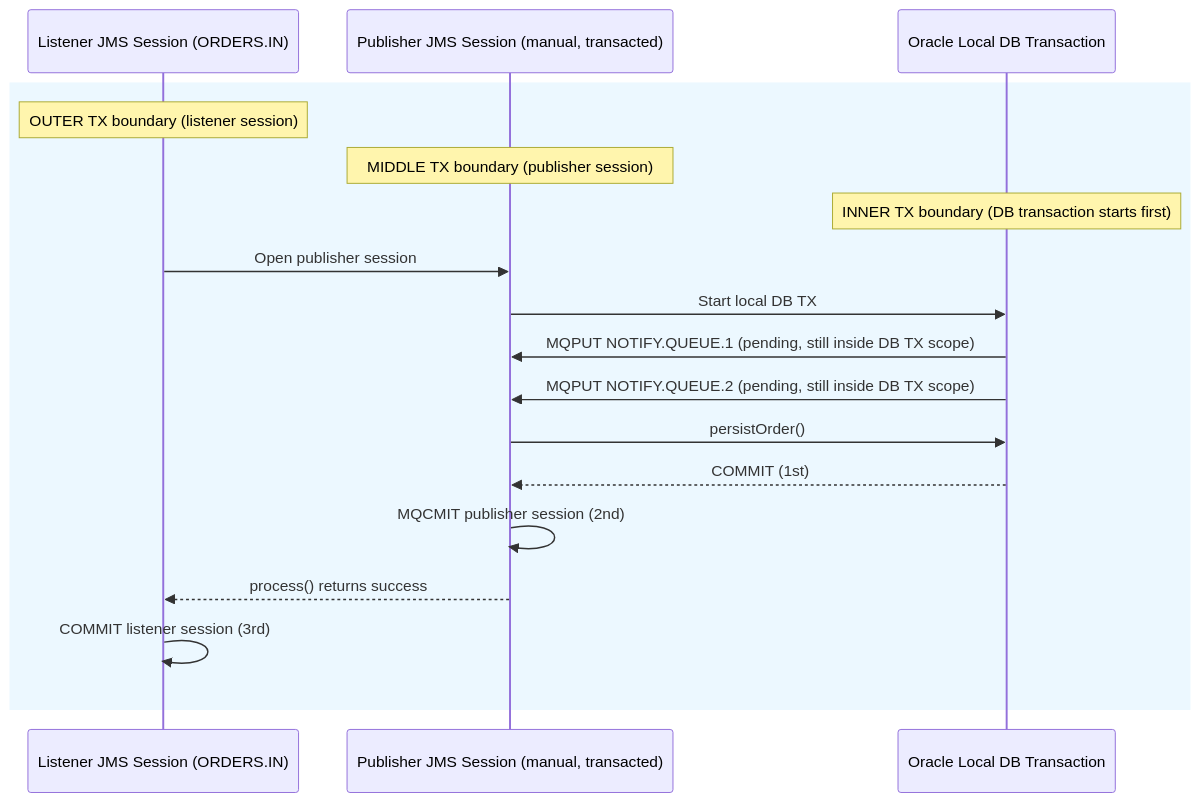
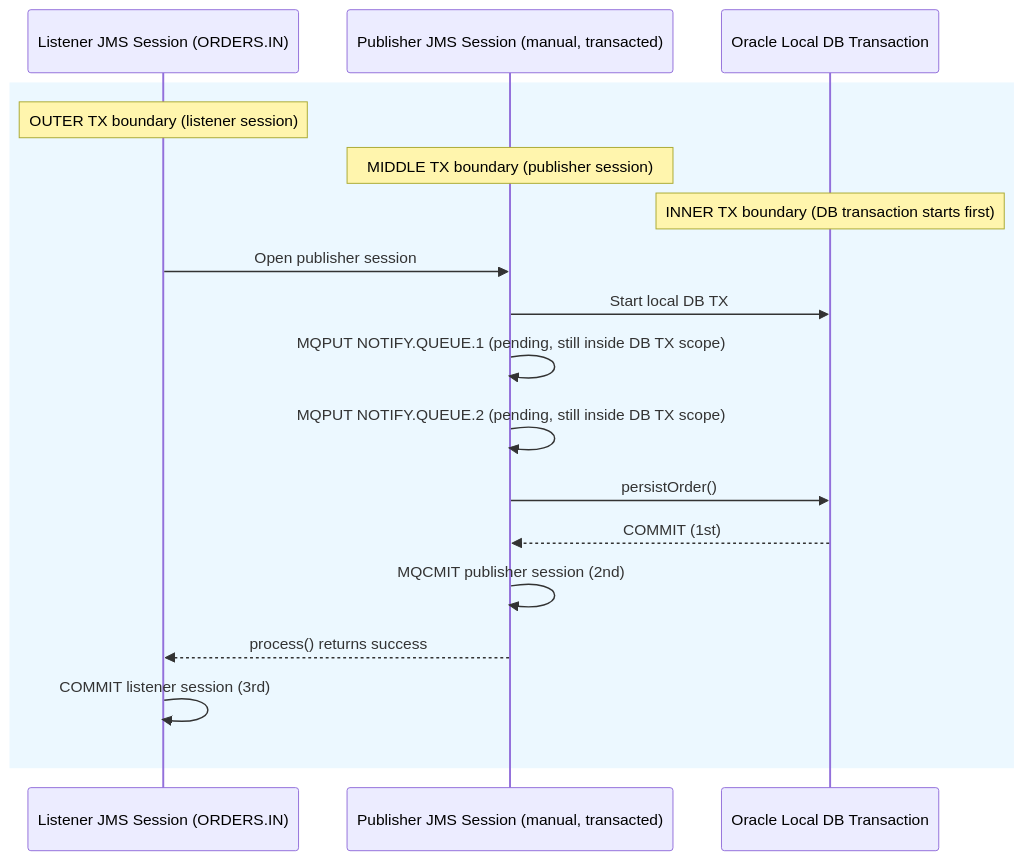
The diagram in README.md (rrobetti/spring-boot-oracle-db-ibm-mq-try-confirm-cancel), drawn with Mermaid before and after one commit.

Commit message:
Fix README sequence arrow direction for MQPUT

````diff
--- a/README.md
+++ b/README.md
@@ -9,21 +9,21 @@
 ```mermaid
 sequenceDiagram
     participant L as Listener JMS Session (ORDERS.IN)
     participant P as Publisher JMS Session (manual, transacted)
     participant DB as Oracle Local DB Transaction
 
     rect rgb(236, 248, 255)
         Note over L: OUTER TX boundary (listener session)
         Note over P: MIDDLE TX boundary (publisher session)
         Note over DB: INNER TX boundary (DB transaction starts first)
         L->>P: Open publisher session
         P->>DB: Start local DB TX
-        DB->>P: MQPUT NOTIFY.QUEUE.1 (pending, still inside DB TX scope)
-        DB->>P: MQPUT NOTIFY.QUEUE.2 (pending, still inside DB TX scope)
+        P->>P: MQPUT NOTIFY.QUEUE.1 (pending, still inside DB TX scope)
+        P->>P: MQPUT NOTIFY.QUEUE.2 (pending, still inside DB TX scope)
         P->>DB: persistOrder()
         DB-->>P: COMMIT (1st)
         P->>P: MQCMIT publisher session (2nd)
         P-->>L: process() returns success
         L->>L: COMMIT listener session (3rd)
     end
 ```
````
